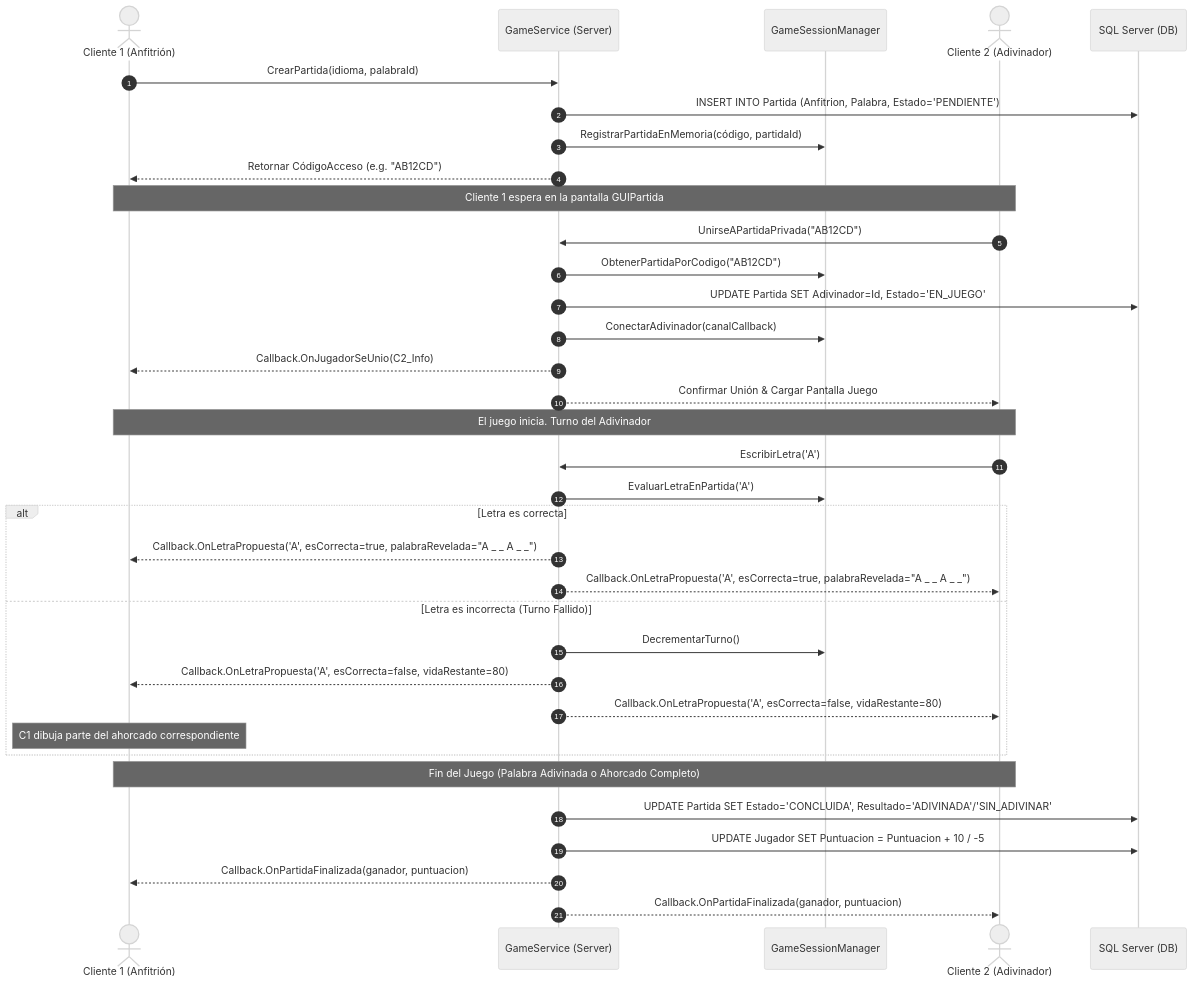
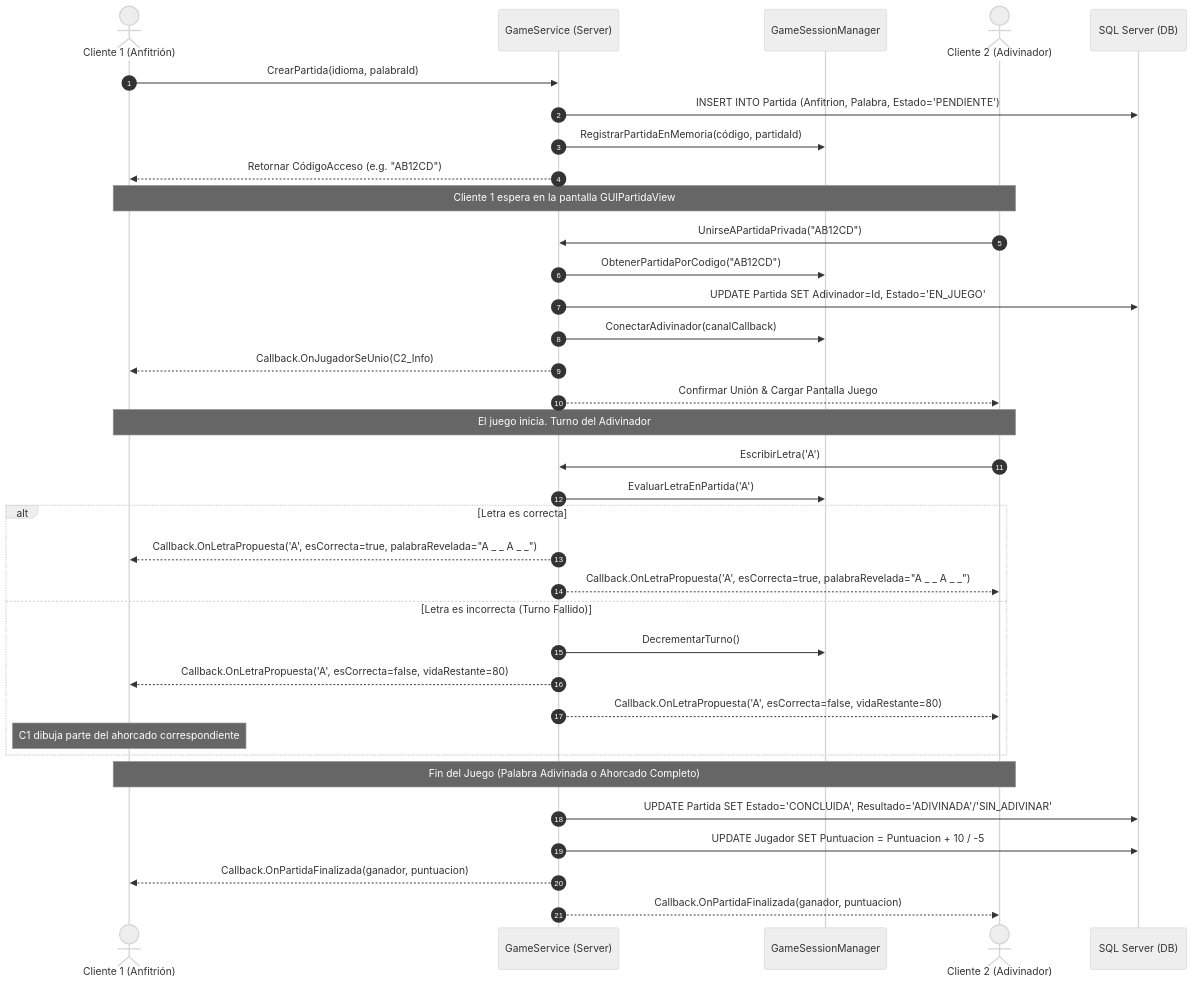
The diagram in ARCHITECTURE.md (l30nci0/TEC-Ahorcado), drawn with Mermaid (neutral theme) before and after one commit. The commit also changed other lines of this file and 1 other file, not shown here.

Commit message:
docs: add CODING-STANDARD.md and update view naming conventions

````diff
--- a/ARCHITECTURE.md
+++ b/ARCHITECTURE.md
@@ -171,43 +171,43 @@
 ```mermaid
 sequenceDiagram
     autonumber
     actor C1 as Cliente 1 (Anfitrión)
     participant S as GameService (Server)
     participant M as GameSessionManager
     actor C2 as Cliente 2 (Adivinador)
     participant DB as SQL Server (DB)
 
     C1->>S: CrearPartida(idioma, palabraId)
     S->>DB: INSERT INTO Partida (Anfitrion, Palabra, Estado='PENDIENTE')
     S->>M: RegistrarPartidaEnMemoria(código, partidaId)
     S-->>C1: Retornar CódigoAcceso (e.g. "AB12CD")
 
-    Note over C1,C2: Cliente 1 espera en la pantalla GUIPartida
+    Note over C1,C2: Cliente 1 espera en la pantalla GUIPartidaView
 
     C2->>S: UnirseAPartidaPrivada("AB12CD")
     S->>M: ObtenerPartidaPorCodigo("AB12CD")
     S->>DB: UPDATE Partida SET Adivinador=Id, Estado='EN_JUEGO'
     S->>M: ConectarAdivinador(canalCallback)
     S-->>C1: Callback.OnJugadorSeUnio(C2_Info)
     S-->>C2: Confirmar Unión & Cargar Pantalla Juego
 
     Note over C1,C2: El juego inicia. Turno del Adivinador
 
     C2->>S: EscribirLetra('A')
     S->>M: EvaluarLetraEnPartida('A')
     alt Letra es correcta
         S-->>C1: Callback.OnLetraPropuesta('A', esCorrecta=true, palabraRevelada="A _ _ A _ _")
         S-->>C2: Callback.OnLetraPropuesta('A', esCorrecta=true, palabraRevelada="A _ _ A _ _")
     else Letra es incorrecta (Turno Fallido)
         S->>M: DecrementarTurno()
         S-->>C1: Callback.OnLetraPropuesta('A', esCorrecta=false, vidaRestante=80)
         S-->>C2: Callback.OnLetraPropuesta('A', esCorrecta=false, vidaRestante=80)
         Note over C1: C1 dibuja parte del ahorcado correspondiente
     end
 
     Note over C1,C2: Fin del Juego (Palabra Adivinada o Ahorcado Completo)
     S->>DB: UPDATE Partida SET Estado='CONCLUIDA', Resultado='ADIVINADA'/'SIN_ADIVINAR'
     S->>DB: UPDATE Jugador SET Puntuacion = Puntuacion + 10 / -5
     S-->>C1: Callback.OnPartidaFinalizada(ganador, puntuacion)
     S-->>C2: Callback.OnPartidaFinalizada(ganador, puntuacion)
 ```
````
